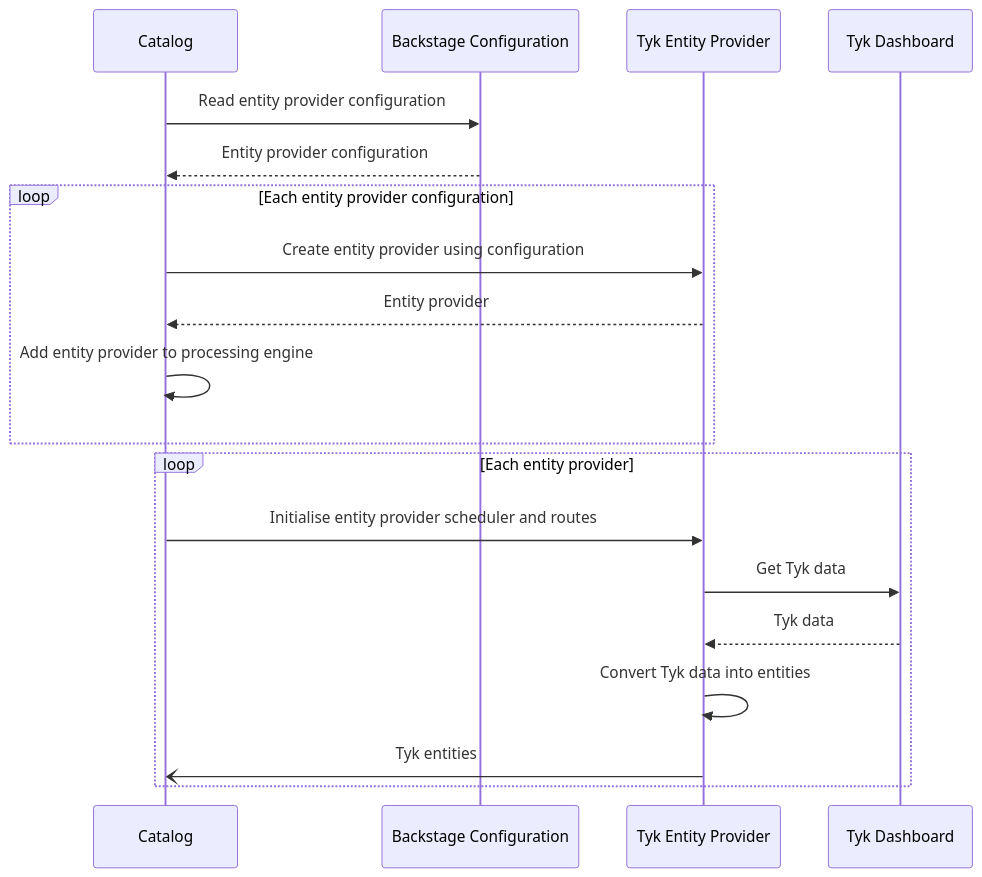
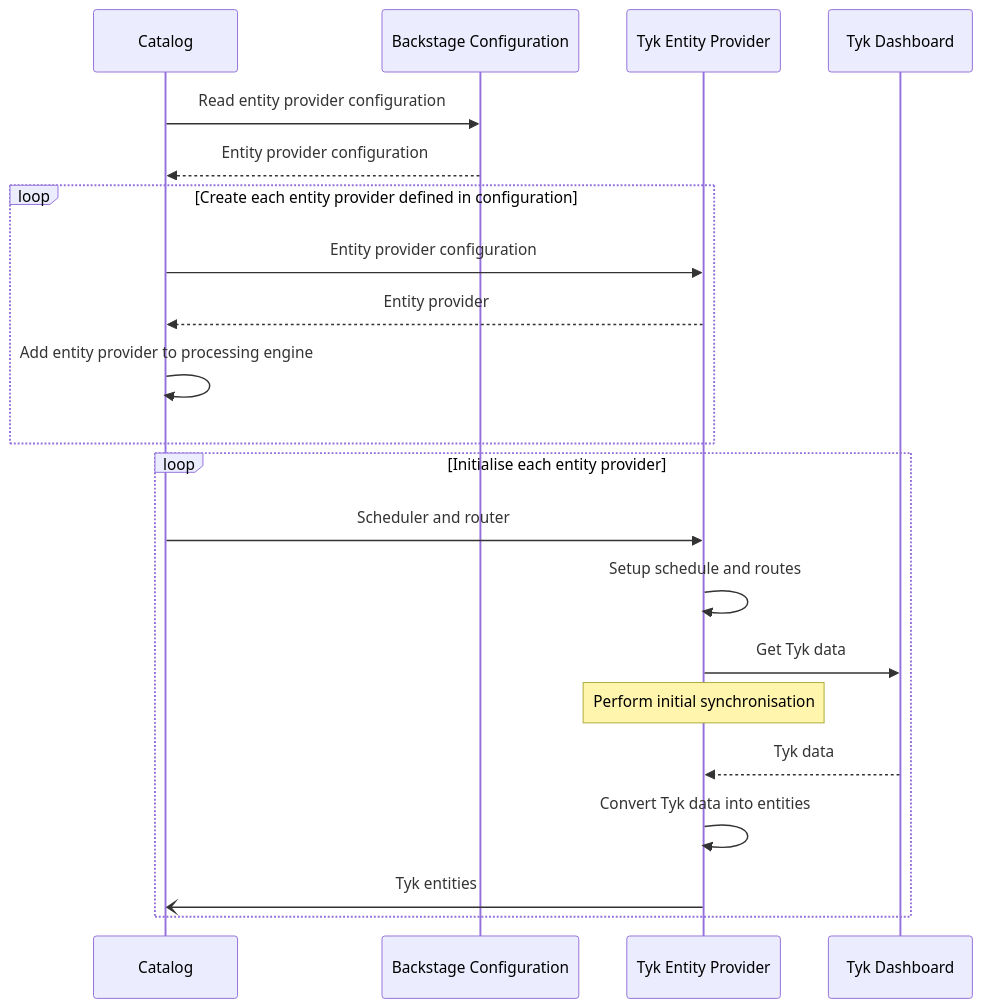
One commit to TykTechnologies/backstage-plugin-tyk changed the first of 4 diagrams in plugins/backend-catalog-tyk-entitiy-provider/README.md. Above: the diagram before and after it, drawn with Mermaid. The commit also changed other lines of this file, not shown here.

````diff
--- a/plugins/backend-catalog-tyk-entitiy-provider/README.md
+++ b/plugins/backend-catalog-tyk-entitiy-provider/README.md
@@ -10,21 +10,23 @@
 ```mermaid
 sequenceDiagram
     participant ca as Catalog
     participant co as Backstage Configuration
     participant ep as Tyk Entity Provider
     participant td as Tyk Dashboard
     ca->>co: Read entity provider configuration
     co-->>ca: Entity provider configuration
-    loop Each entity provider configuration
-        ca->>ep: Create entity provider using configuration
+    loop Create each entity provider defined in configuration
+        ca->>ep: Entity provider configuration
         ep-->>ca: Entity provider
         ca->>ca: Add entity provider to processing engine
     end
-    loop Each entity provider
-        ca->>ep: Initialise entity provider scheduler and routes
+    loop Initialise each entity provider
+        ca->>ep: Scheduler and router
+        ep->>ep: Setup schedule and routes
         ep->>td: Get Tyk data
+        Note over ep: Perform initial synchronisation
         td-->>ep: Tyk data
         ep->>ep: Convert Tyk data into entities
         ep-)ca: Tyk entities
     end
 ```
````
